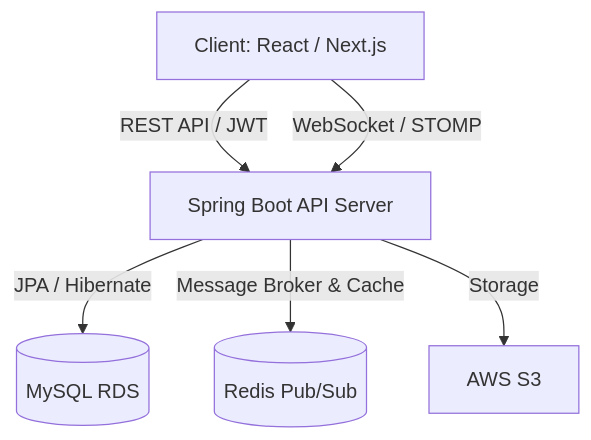
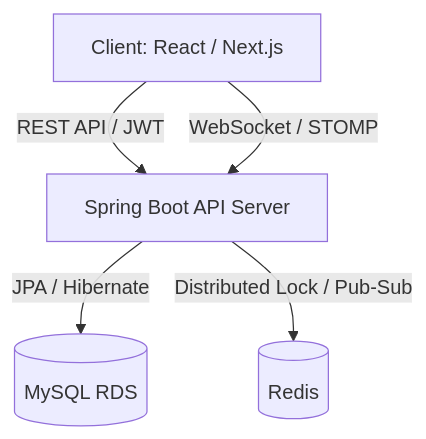
Before and after one commit to helloyoogs/tarot-insight-backend: the diagram in README.md, drawn with Mermaid. The commit also changed other lines of this file and 9 other files, not shown here.

````diff
--- a/README.md
+++ b/README.md
@@ -36,8 +37,7 @@
 ```mermaid
 graph TD
     Client[Client: React / Next.js] -->|REST API / JWT| Server[Spring Boot API Server]
     Client -->|WebSocket / STOMP| Server
     Server -->|JPA / Hibernate| MySQL[(MySQL RDS)]
-    Server -->|Message Broker & Cache| Redis[(Redis Pub/Sub)]
-    Server -->|Storage| S3[AWS S3]
+    Server -->|Distributed Lock / Pub-Sub| Redis[(Redis)]
 ```
````
